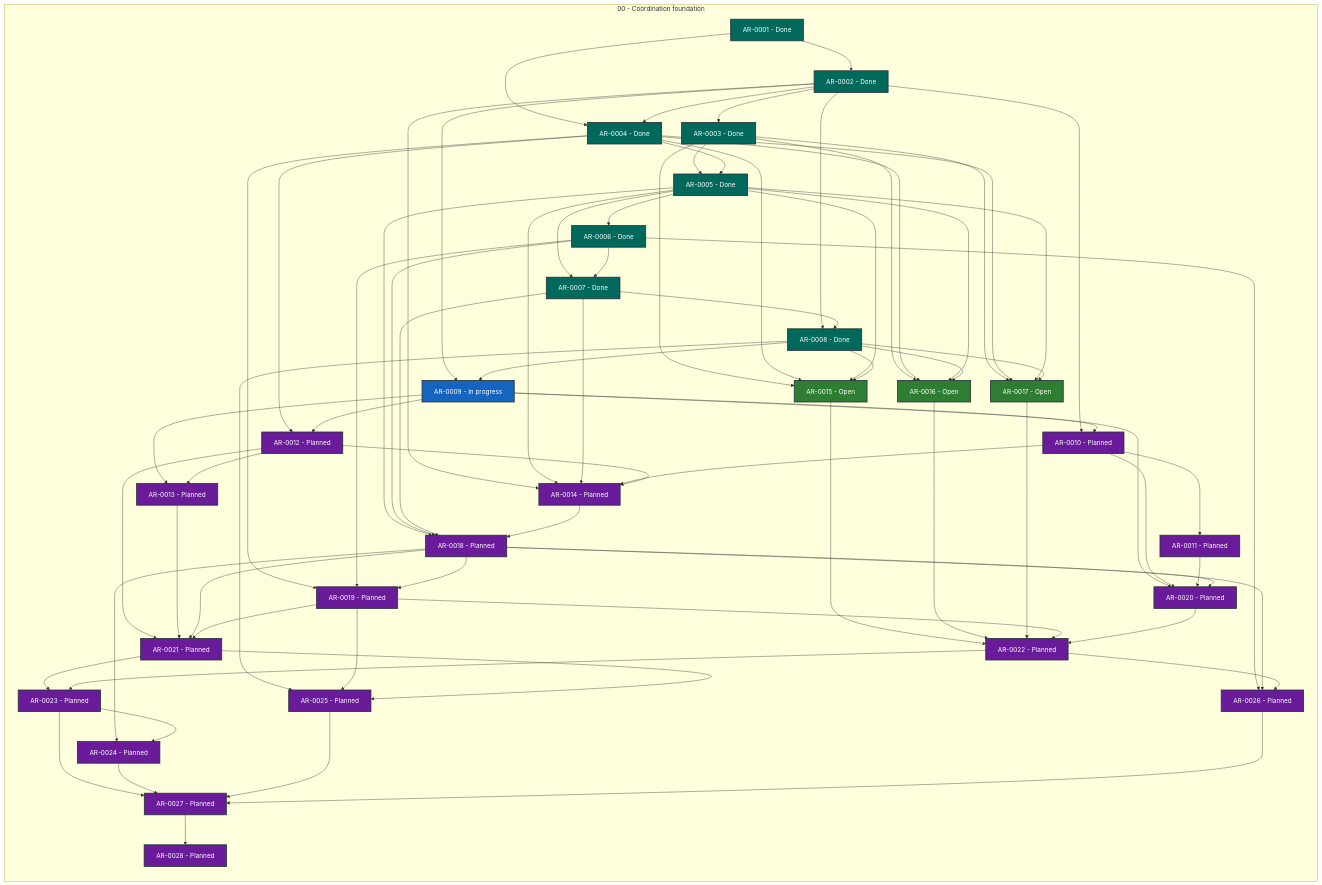
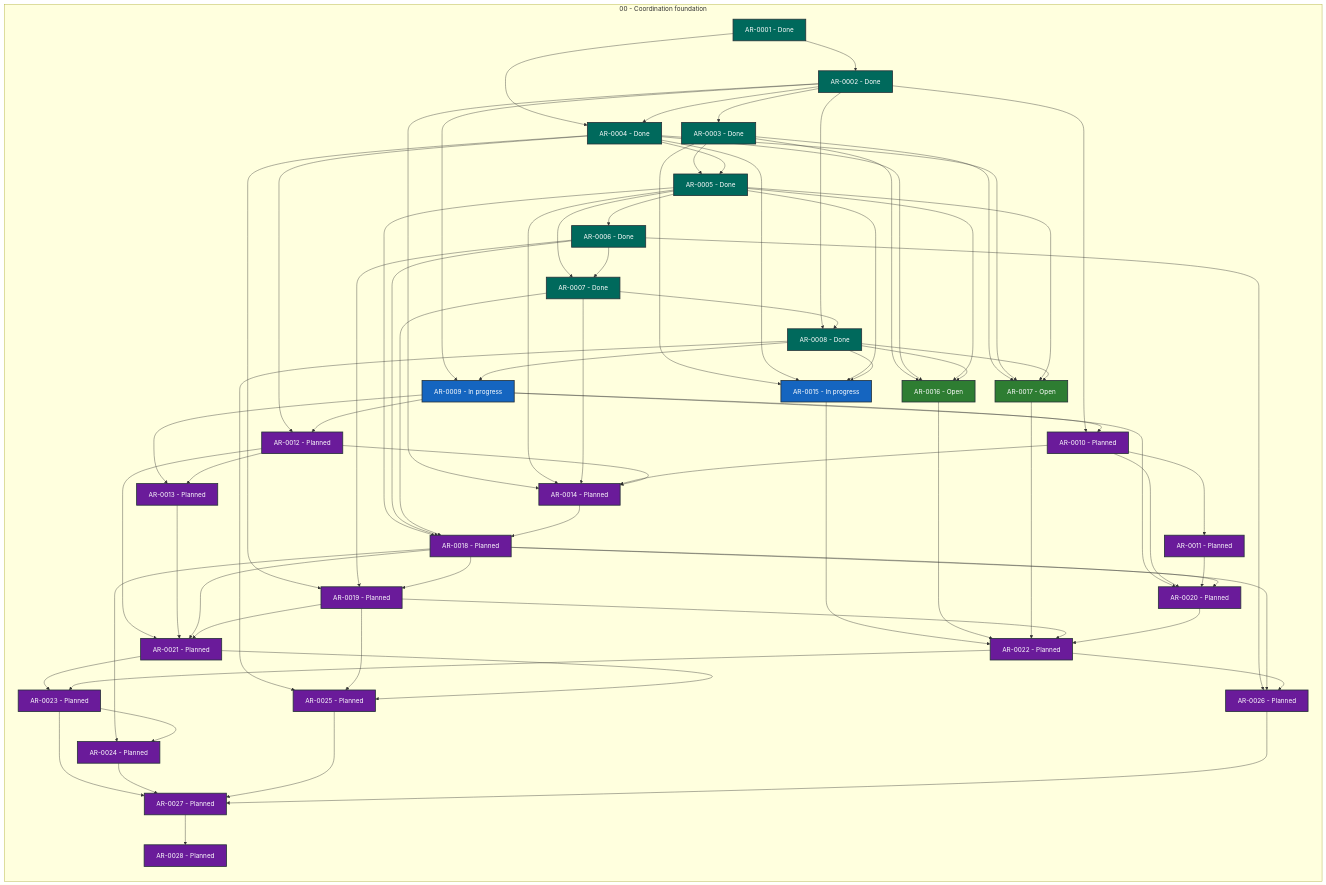
One commit to martin-beck/agent-workflow-runtime-state changed the diagram in STATUS.md. Above: the diagram before and after it, drawn with Mermaid. The commit also changed other lines of this file and 2 other files, not shown here.

```diff
--- a/STATUS.md
+++ b/STATUS.md
@@ -42,7 +42,7 @@
         AR_0012["AR-0012 - Planned"]:::status_planned
         AR_0013["AR-0013 - Planned"]:::status_planned
         AR_0014["AR-0014 - Planned"]:::status_planned
-        AR_0015["AR-0015 - Open"]:::status_open
+        AR_0015["AR-0015 - In progress"]:::status_in_progress
         AR_0016["AR-0016 - Open"]:::status_open
         AR_0017["AR-0017 - Open"]:::status_open
         AR_0018["AR-0018 - Planned"]:::status_planned
```
